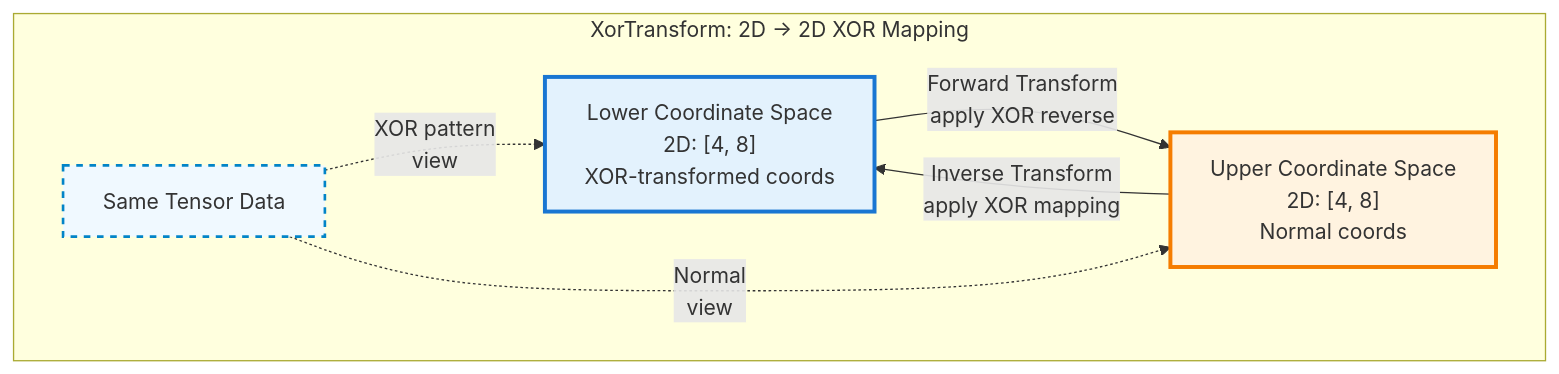
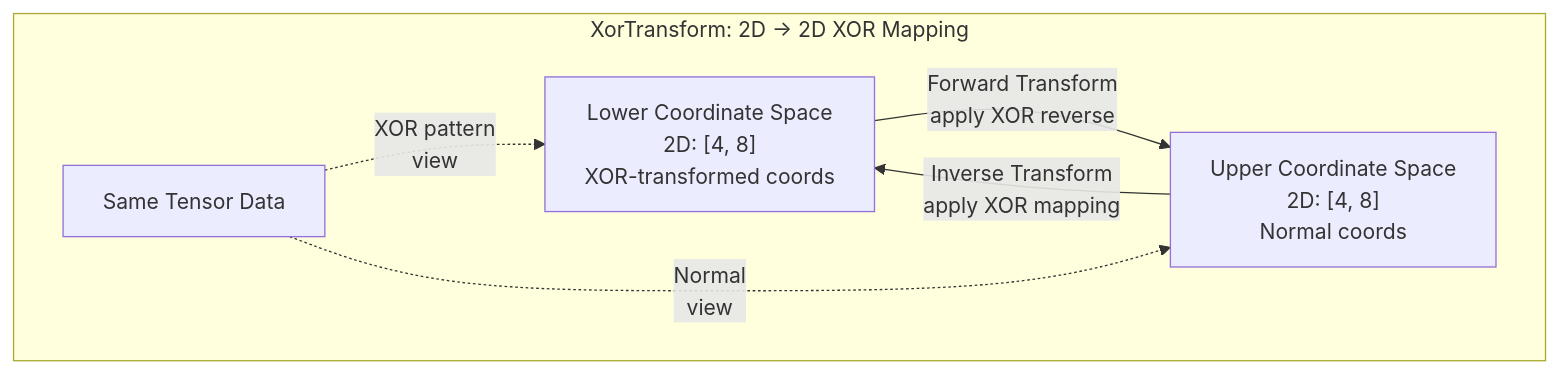
One commit to hdt98/rocm-libraries changed the tenth of 12 diagrams in projects/composablekernel/docs/conceptual/ck_tile/transforms.rst. Above: the diagram before and after it, drawn with Mermaid. The commit also changed other lines of this file and 21 other files, not shown here.

First line of the commit message:
[ck] Updated CK Tile documentation to use mermaid diagrams (#7955)

```diff
--- a/projects/composablekernel/docs/conceptual/ck_tile/transforms.rst
+++ b/projects/composablekernel/docs/conceptual/ck_tile/transforms.rst
@@ -639,19 +500,15 @@
-      .. mermaid::
-      
-         graph TB
-             subgraph "XorTransform: 2D → 2D XOR Mapping"
-                 LS["Lower Coordinate Space<br/>2D: [4, 8]<br/>XOR-transformed coords"]
-                 US["Upper Coordinate Space<br/>2D: [4, 8]<br/>Normal coords"]
-                 
-                 DATA["Same Tensor Data"]
-             end
-             
-             LS -->|"Forward Transform<br/>apply XOR reverse"| US
-             US -->|"Inverse Transform<br/>apply XOR mapping"| LS
-             
-             DATA -.->|"XOR pattern<br/>view"| LS
-             DATA -.->|"Normal<br/>view"| US
-             
-             style LS fill:#e3f2fd,stroke:#1976d2,stroke-width:3px
-             style US fill:#fff3e0,stroke:#f57c00,stroke-width:3px
-             style DATA fill:#f0f9ff,stroke:#0284c7,stroke-width:2px,stroke-dasharray: 5 5
+.. mermaid::
+
+   graph TB
+       subgraph "XorTransform: 2D → 2D XOR Mapping"
+           LS["Lower Coordinate Space<br/>2D: [4, 8]<br/>XOR-transformed coords"]
+           US["Upper Coordinate Space<br/>2D: [4, 8]<br/>Normal coords"]
+
+           DATA["Same Tensor Data"]
+       end
+
+       LS -->|"Forward Transform<br/>apply XOR reverse"| US
+       US -->|"Inverse Transform<br/>apply XOR mapping"| LS
+
+       DATA -.->|"XOR pattern<br/>view"| LS
+       DATA -.->|"Normal<br/>view"| US
```
